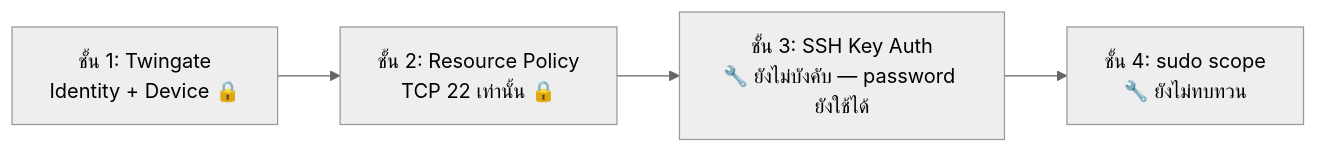
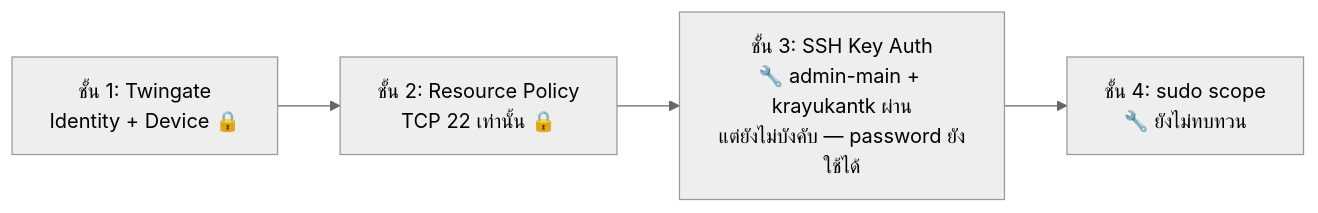
One commit to kraveerachat/Project-End-The-AEGIS changed the diagram in Obsidian_AEGIS_Vault/AEGIS_Knowledge/20-Server/SSH-Hardening-Status.md. Above: the diagram before and after it, drawn with Mermaid (neutral theme). The commit also changed other lines of this file and 11 other files, not shown here.

````diff
--- a/Obsidian_AEGIS_Vault/AEGIS_Knowledge/20-Server/SSH-Hardening-Status.md
+++ b/Obsidian_AEGIS_Vault/AEGIS_Knowledge/20-Server/SSH-Hardening-Status.md
@@ -69,6 +106,6 @@
 ```mermaid
 flowchart LR
     A["ชั้น 1: Twingate<br/>Identity + Device 🔒"] --> B["ชั้น 2: Resource Policy<br/>TCP 22 เท่านั้น 🔒"]
-    B --> C["ชั้น 3: SSH Key Auth<br/>🔧 ยังไม่บังคับ — password ยังใช้ได้"]
+    B --> C["ชั้น 3: SSH Key Auth<br/>🔧 admin-main + krayukantk ผ่าน<br/>แต่ยังไม่บังคับ — password ยังใช้ได้"]
     C --> D["ชั้น 4: sudo scope<br/>🔧 ยังไม่ทบทวน"]
 ```
````
